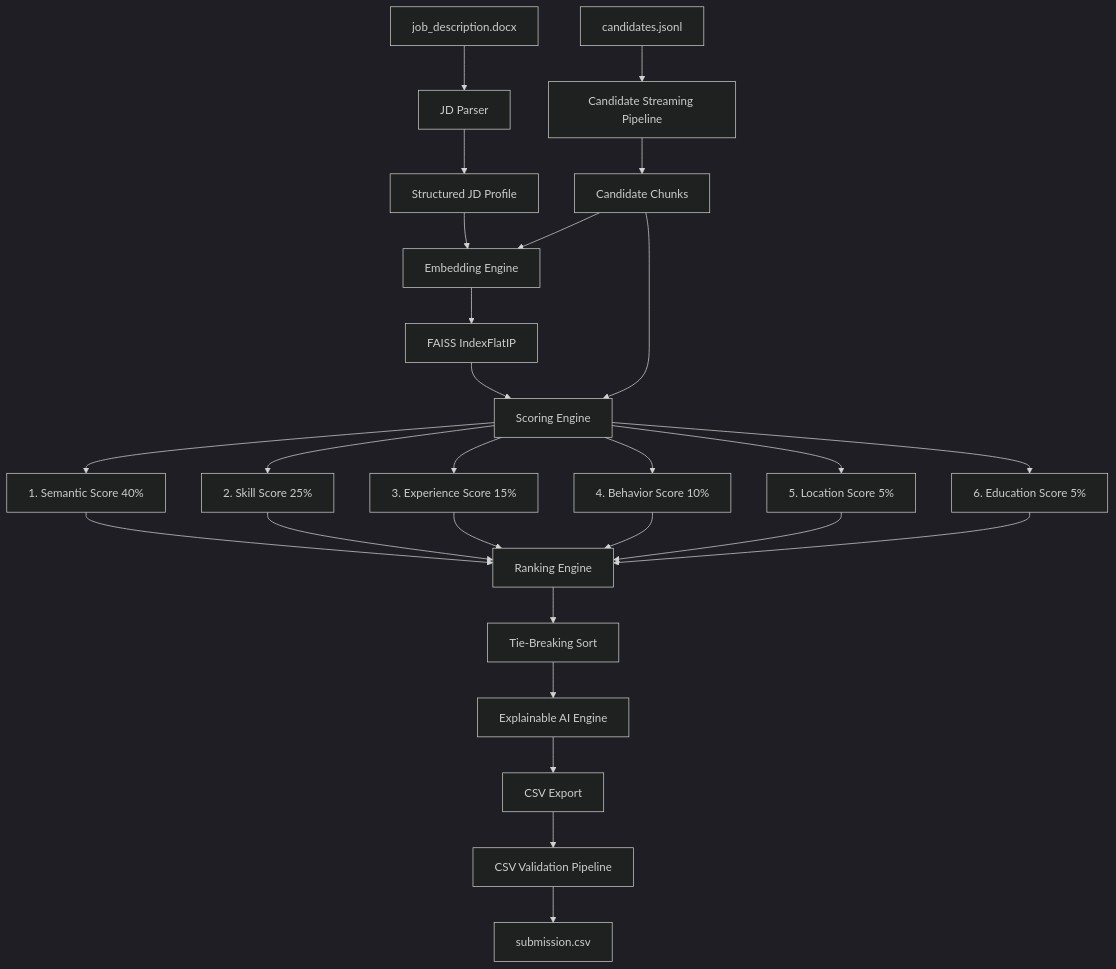
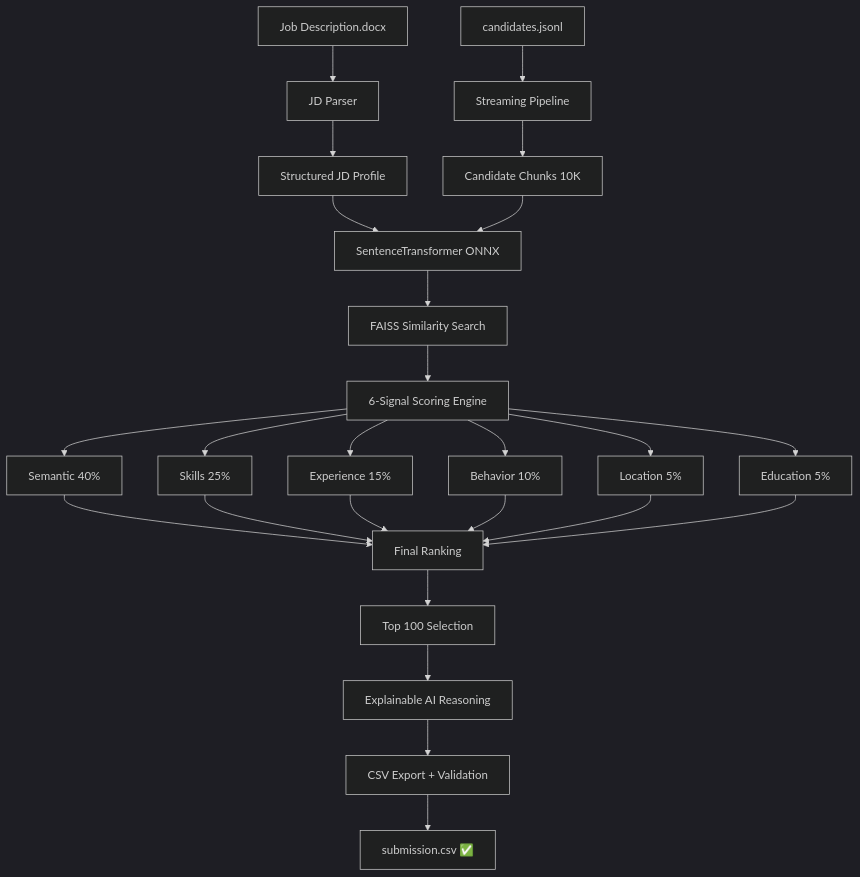
One commit to irfanshaikh110805-glitch/redrob-candidate-ranking-engine changed the diagram in README.md. Above: the diagram before and after it, drawn with Mermaid (dark theme). The commit also changed other lines of this file, not shown here.

````diff
--- a/README.md
+++ b/README.md
@@ -11,32 +70,34 @@
 ```mermaid
 graph TD
-    JD[job_description.docx] --> JD_Parser[JD Parser]
-    Candidates[candidates.jsonl] --> Streamer[Candidate Streaming Pipeline]
+    A[Job Description.docx] --> B[JD Parser]
+    C[candidates.jsonl] --> D[Streaming Pipeline]
     
-    JD_Parser --> Struct_JD[Structured JD Profile]
-    Struct_JD --> Embed_Eng[Embedding Engine]
+    B --> E[Structured JD Profile]
+    D --> F[Candidate Chunks 10K]
     
-    Streamer --> Chunk[Candidate Chunks]
-    Chunk --> Embed_Eng
+    E --> G[SentenceTransformer ONNX]
+    F --> G
     
-    Embed_Eng --> FAISS_Index[FAISS IndexFlatIP]
-    FAISS_Index --> Score_Eng[Scoring Engine]
+    G --> H[FAISS Similarity Search]
+    H --> I[6-Signal Scoring Engine]
     
-    Chunk --> Score_Eng
+    I --> J[Semantic 40%]
+    I --> K[Skills 25%]
+    I --> L[Experience 15%]
+    I --> M[Behavior 10%]
+    I --> N[Location 5%]
+    I --> O[Education 5%]
     
-    Score_Eng --> Semantic_Score[1. Semantic Score 40%]
-    Score_Eng --> Skill_Score[2. Skill Score 25%]
-    Score_Eng --> Exp_Score[3. Experience Score 15%]
-    Score_Eng --> Behav_Score[4. Behavior Score 10%]
-    Score_Eng --> Loc_Score[5. Location Score 5%]
-    Score_Eng --> Edu_Score[6. Education Score 5%]
+    J --> P[Final Ranking]
+    K --> P
+    L --> P
+    M --> P
+    N --> P
+    O --> P
     
-    Semantic_Score & Skill_Score & Exp_Score & Behav_Score & Loc_Score & Edu_Score --> Ranker[Ranking Engine]
+    P --> Q[Top 100 Selection]
+    Q --> R[Explainable AI Reasoning]
+    R --> S[CSV Export + Validation]
     
-    Ranker --> TieBreak[Tie-Breaking Sort]
-    TieBreak --> Explain_AI[Explainable AI Engine]
-    Explain_AI --> CSV_Gen[CSV Export]
-    
-    CSV_Gen --> CSV_Val[CSV Validation Pipeline]
-    CSV_Val --> Final_CSV[submission.csv]
+    S --> T[submission.csv ✅]
 ```
````
